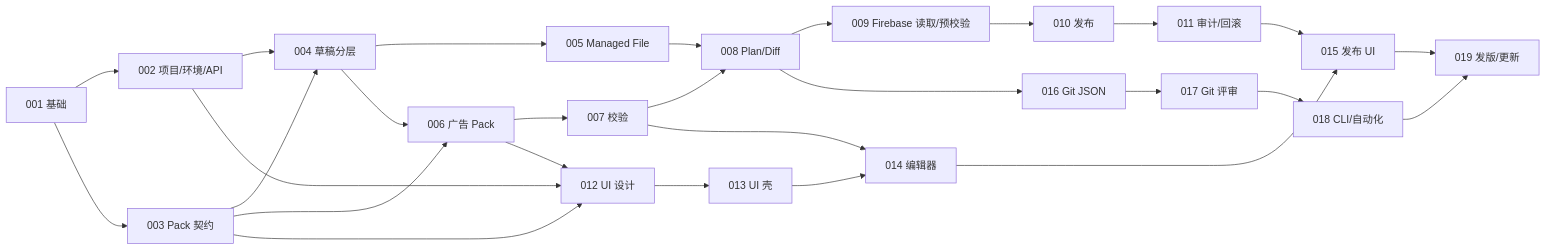
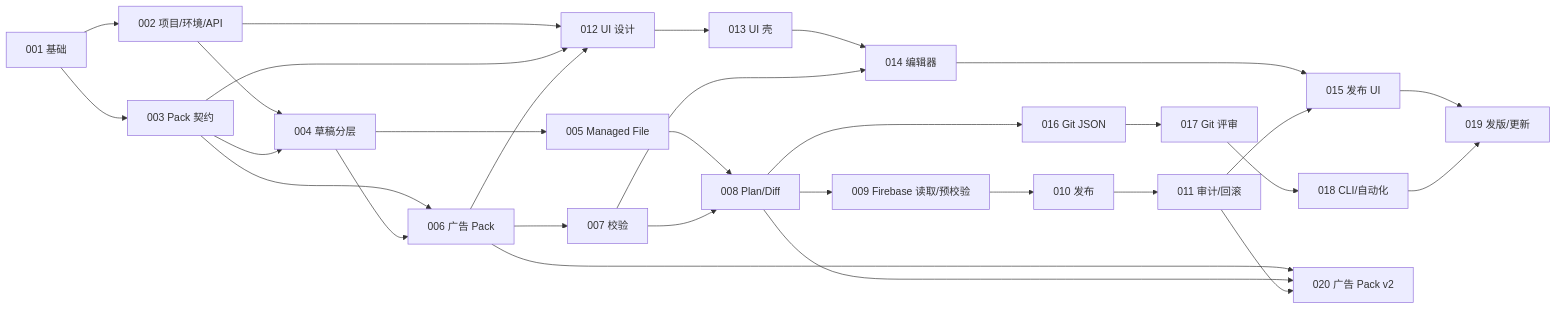
One commit to ConteMan/conflow changed the diagram in docs/specs/README.md. Above: the diagram before and after it, drawn with Mermaid. The commit also changed other lines of this file and 3 other files, not shown here.

````diff
--- a/docs/specs/README.md
+++ b/docs/specs/README.md
@@ -33,29 +34,32 @@
 ```mermaid
 flowchart LR
   S001["001 基础"] --> S002["002 项目/环境/API"]
   S001 --> S003["003 Pack 契约"]
   S002 --> S004["004 草稿分层"]
   S003 --> S004
   S004 --> S005["005 Managed File"]
   S003 --> S006["006 广告 Pack"]
   S004 --> S006
   S006 --> S007["007 校验"]
   S005 --> S008["008 Plan/Diff"]
   S007 --> S008
   S008 --> S009["009 Firebase 读取/预校验"]
   S009 --> S010["010 发布"]
   S010 --> S011["011 审计/回滚"]
   S002 --> S012["012 UI 设计"]
   S003 --> S012
   S006 --> S012
   S012 --> S013["013 UI 壳"]
   S013 --> S014["014 编辑器"]
   S007 --> S014
   S014 --> S015["015 发布 UI"]
   S011 --> S015
   S008 --> S016["016 Git JSON"]
   S016 --> S017["017 Git 评审"]
   S017 --> S018["018 CLI/自动化"]
   S015 --> S019["019 发版/更新"]
   S018 --> S019
+  S006 --> S020["020 广告 Pack v2"]
+  S008 --> S020
+  S011 --> S020
 ```
````
